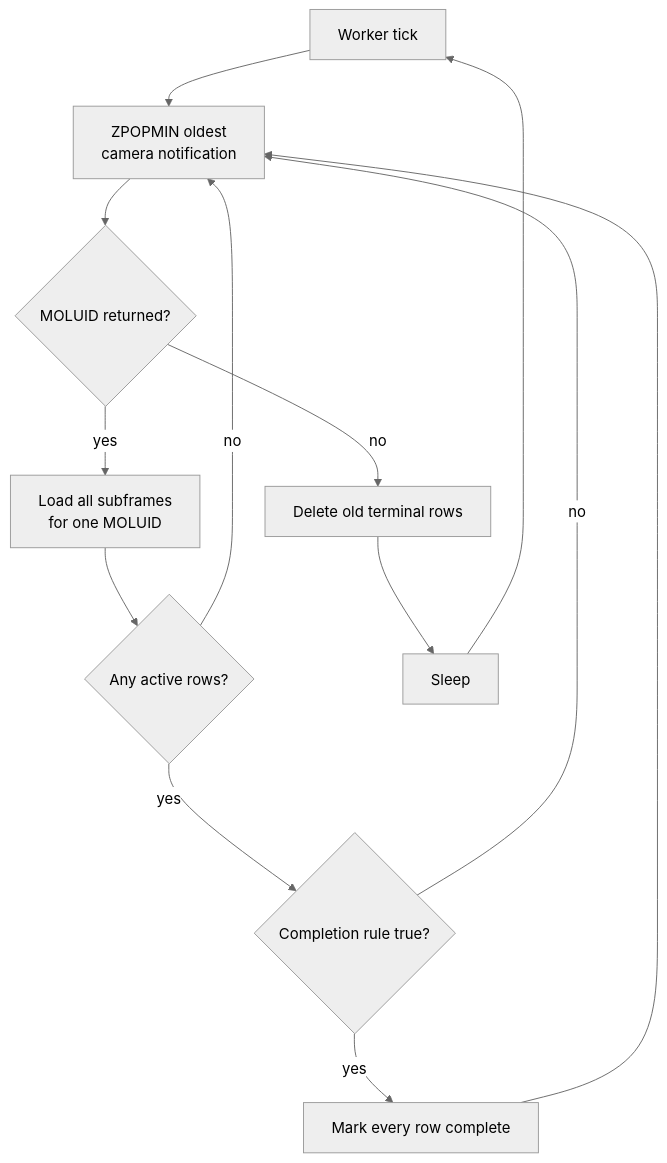
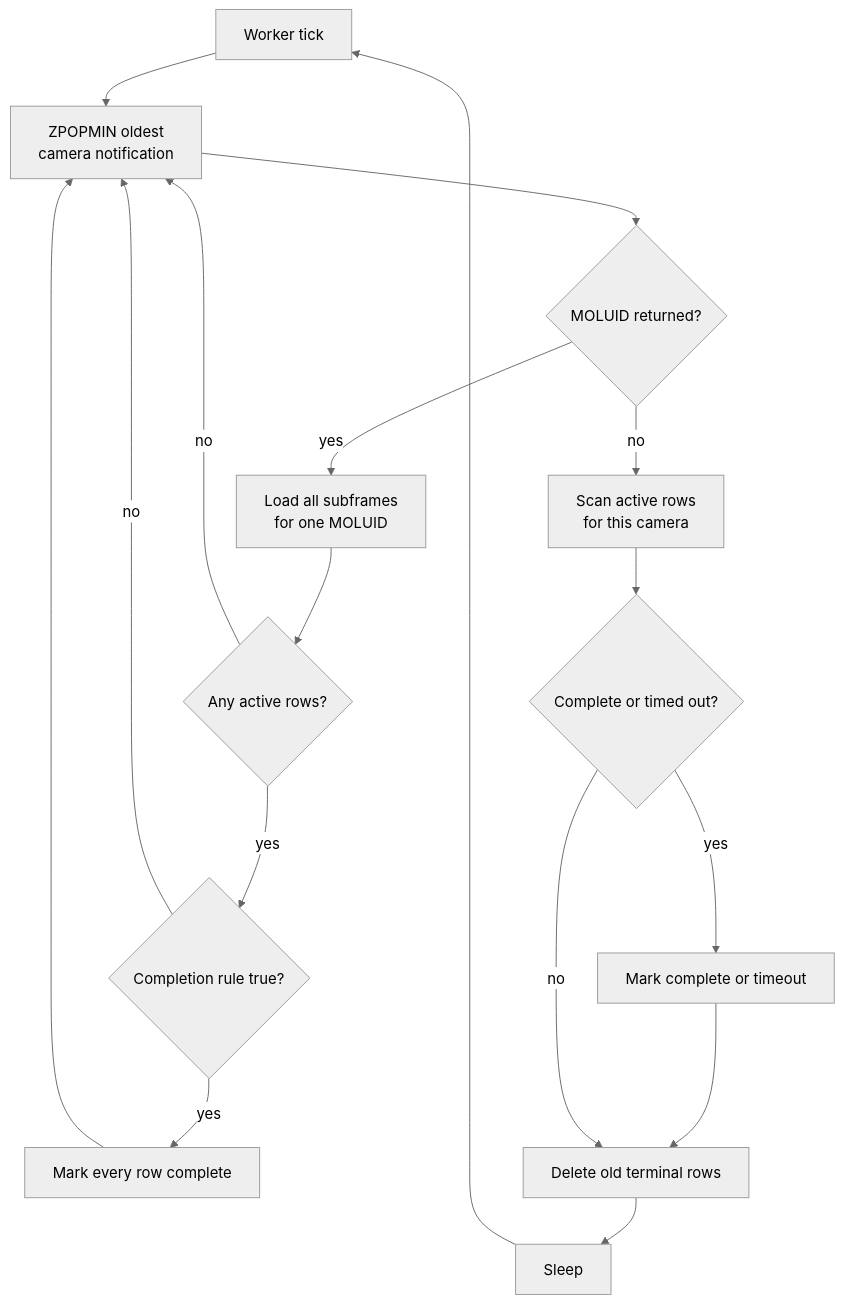
Before and after one commit to LCOGT/banzai: the second of 3 diagrams in docs/smartstacking_architecture.md, drawn with Mermaid (neutral theme). The commit also changed other lines of this file and 5 other files, not shown here.

````diff
--- a/docs/smartstacking_architecture.md
+++ b/docs/smartstacking_architecture.md
@@ -152,21 +160,26 @@
 ```mermaid
 flowchart TD
     tick["Worker tick"]
     pop["ZPOPMIN oldest<br/>camera notification"]
     notified{"MOLUID returned?"}
     load["Load all subframes<br/>for one MOLUID"]
     active{"Any active rows?"}
     complete{"Completion rule true?"}
     mark["Mark every row complete"]
+    sweep["Scan active rows<br/>for this camera"]
+    eligible{"Complete or timed out?"}
+    finalize["Mark complete or timeout"]
     cleanup["Delete old terminal rows"]
     sleep["Sleep"]
 
     tick --> pop --> notified
     notified -->|"yes"| load --> active
     active -->|"yes"| complete
     active -->|"no"| pop
     complete -->|"yes"| mark --> pop
     complete -->|"no"| pop
-    notified -->|"no"| cleanup
+    notified -->|"no"| sweep --> eligible
+    eligible -->|"yes"| finalize --> cleanup
+    eligible -->|"no"| cleanup
     cleanup --> sleep --> tick
 ```
````
